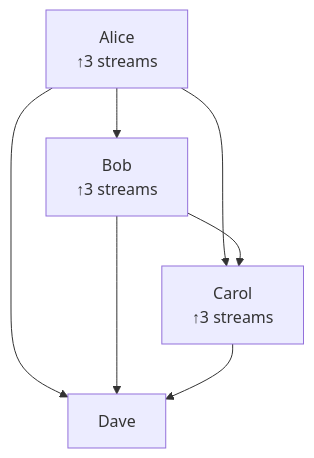
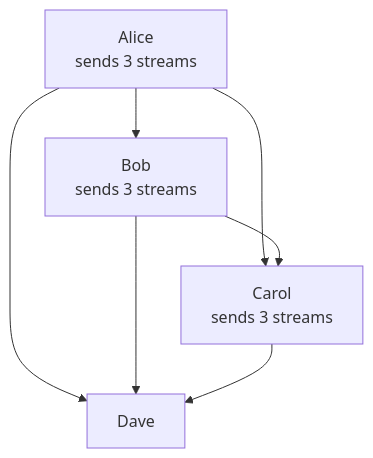
One commit to zJUNAIDz/vibe-learning-dump changed the second of 4 diagrams in WebRTC/08-group-calls-architecture.md. Above: the diagram before and after it, drawn with Mermaid. The commit also changed other lines of this file and 7 other files, not shown here.

Commit message:
mermaid diagram fixes

````diff
--- a/WebRTC/08-group-calls-architecture.md
+++ b/WebRTC/08-group-calls-architecture.md
@@ -39,9 +39,9 @@
 ```mermaid
 graph TD
-    A[Alice<br/>↑3 streams] --> B[Bob]
+    A[Alice<br/>sends 3 streams] --> B[Bob]
     A --> C[Carol]
     A --> D[Dave]
-    B[Bob<br/>↑3 streams] --> C
+    B[Bob<br/>sends 3 streams] --> C
     B --> D
-    C[Carol<br/>↑3 streams] --> D
+    C[Carol<br/>sends 3 streams] --> D
 ```
````
